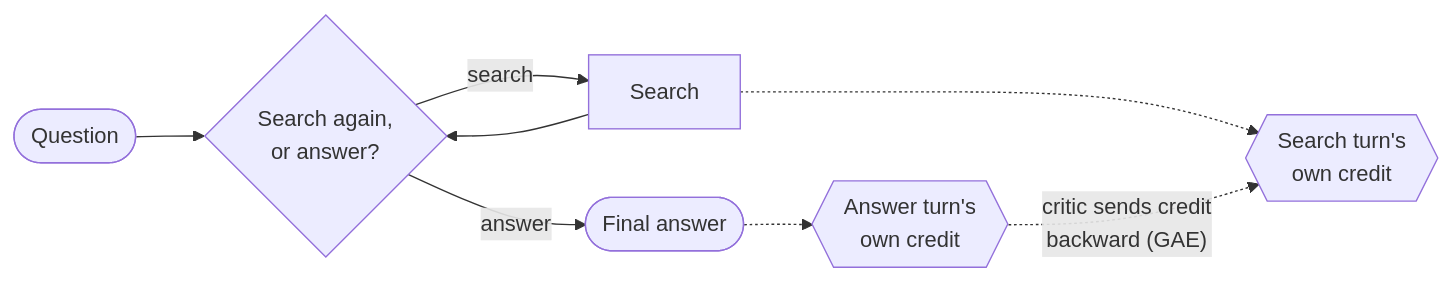
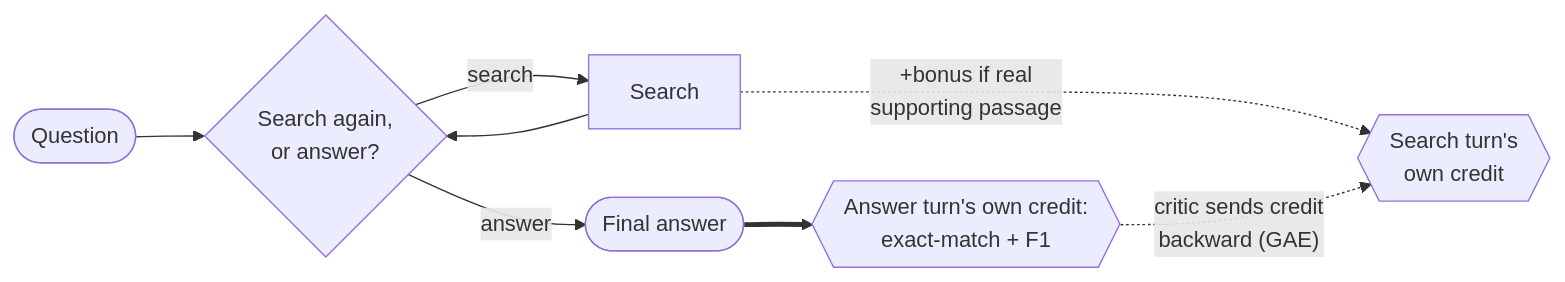
Before and after one commit to redswimmer/grpo-turn-level-rewards: the fifth of 5 diagrams in README.md, drawn with Mermaid. The commit also changed other lines of this file and 3 other files, not shown here.

````diff
--- a/README.md
+++ b/README.md
@@ -97,10 +103,10 @@
 ```mermaid
 flowchart LR
     Q4(["Question"]) --> D4{"Search again,<br/>or answer?"}
     D4 -- search --> S4["Search"]
     S4 --> D4
-    S4 -.-> R4a{{"Search turn's<br/>own credit"}}
+    S4 -.->|"+bonus if real<br/>supporting passage"| R4a{{"Search turn's<br/>own credit"}}
     D4 -- answer --> A4(["Final answer"])
-    A4 -.-> R4b{{"Answer turn's<br/>own credit"}}
+    A4 ==> R4b{{"Answer turn's own credit:<br/>exact-match + F1"}}
     R4b -.->|"critic sends credit<br/>backward (GAE)"| R4a
 ```
````
